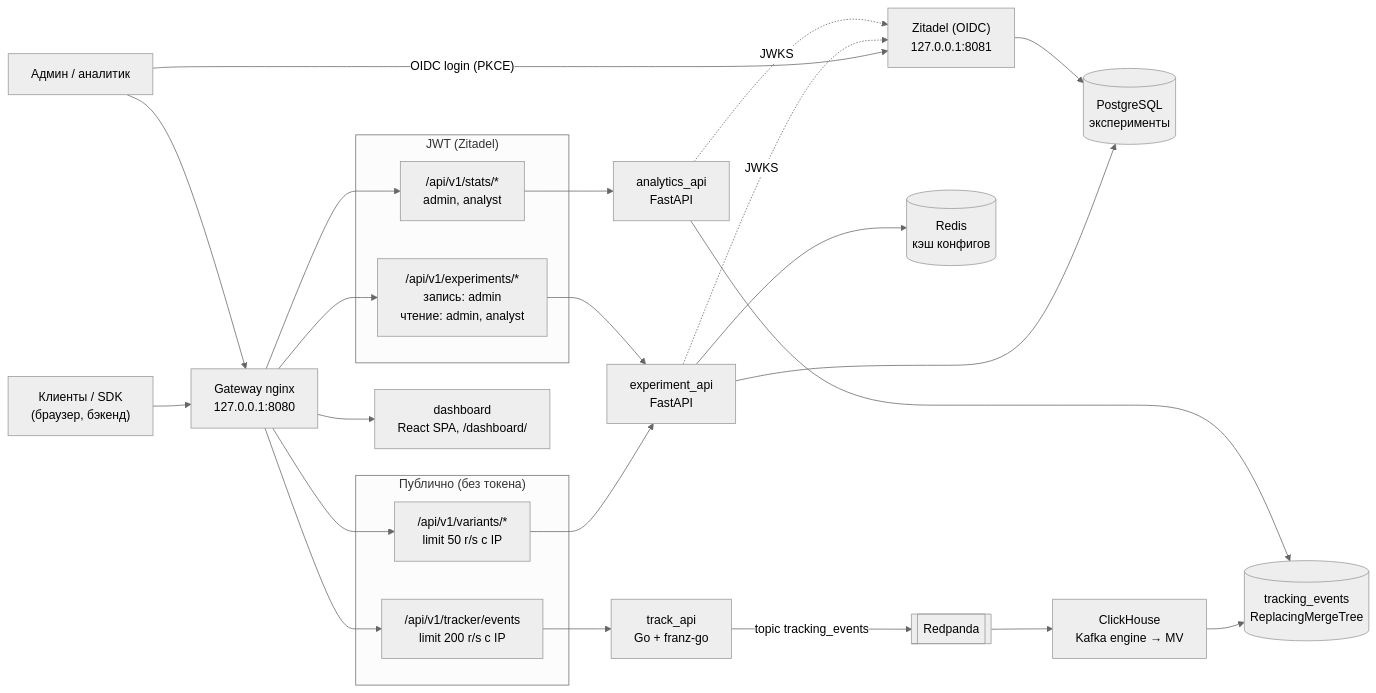
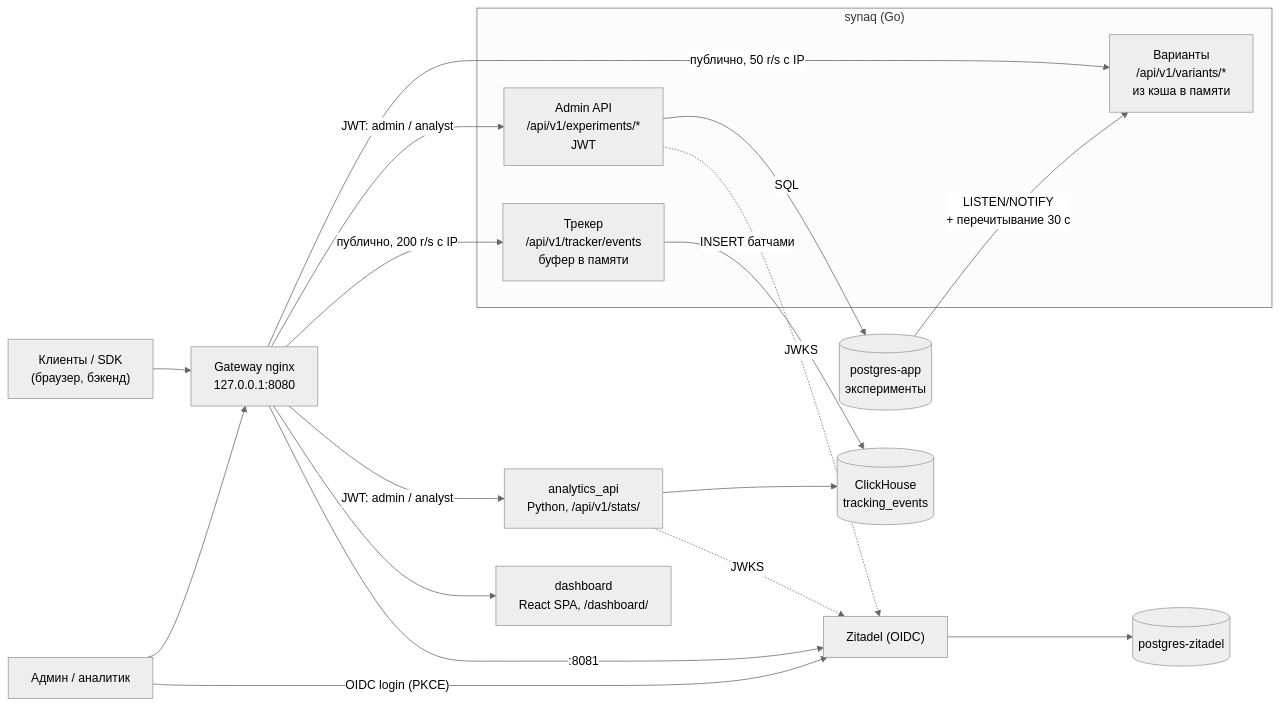
Before and after one commit to Kebiproger/synaqcore: the diagram in README.md, drawn with Mermaid (neutral theme). The commit also changed other lines of this file and 8 other files, not shown here.

````diff
--- a/README.md
+++ b/README.md
@@ -57,36 +55,27 @@
 ```mermaid
 flowchart LR
     C["Клиенты / SDK<br/>(браузер, бэкенд)"] --> GW["Gateway nginx<br/>127.0.0.1:8080"]
     U["Админ / аналитик"] --> GW
     U -->|"OIDC login (PKCE)"| ZT
 
-    subgraph public["Публично (без токена)"]
-        EXP_PUB["/api/v1/variants/*<br/>limit 50 r/s с IP"]
-        TRK["/api/v1/tracker/events<br/>limit 200 r/s с IP"]
-    end
-    subgraph jwt["JWT (Zitadel)"]
-        EXP_ADM["/api/v1/experiments/*<br/>запись: admin<br/>чтение: admin, analyst"]
-        STATS["/api/v1/stats/*<br/>admin, analyst"]
+    subgraph SQ["synaq (Go)"]
+        VAR["Варианты<br/>/api/v1/variants/*<br/>из кэша в памяти"]
+        ADM["Admin API<br/>/api/v1/experiments/*<br/>JWT"]
+        TRK["Трекер<br/>/api/v1/tracker/events<br/>буфер в памяти"]
     end
 
-    GW --> EXP_PUB & EXP_ADM
-    GW --> TRK
-    GW --> STATS
+    GW -->|"публично, 50 r/s с IP"| VAR
+    GW -->|"JWT: admin / analyst"| ADM
+    GW -->|"публично, 200 r/s с IP"| TRK
+    GW -->|"JWT: admin / analyst"| AAPI["analytics_api<br/>Python, /api/v1/stats/"]
     GW --> DASH["dashboard<br/>React SPA, /dashboard/"]
+    GW -->|":8081"| ZT["Zitadel (OIDC)"]
 
-    EXP_PUB & EXP_ADM --> EAPI["experiment_api<br/>FastAPI"]
-    EAPI --> PG[("PostgreSQL<br/>эксперименты")]
-    EAPI --> RD[("Redis<br/>кэш конфигов")]
-
-    TRK --> TAPI["track_api<br/>Go + franz-go"]
-    TAPI -->|"topic tracking_events"| RP[["Redpanda"]]
-    RP --> KQ["ClickHouse<br/>Kafka engine → MV"]
-    KQ --> CH[("tracking_events<br/>ReplacingMergeTree")]
-
-    STATS --> AAPI["analytics_api<br/>FastAPI"]
+    ADM -->|"SQL"| PGA[("postgres-app<br/>эксперименты")]
+    PGA -->|"LISTEN/NOTIFY<br/>+ перечитывание 30 с"| VAR
+    TRK -->|"INSERT батчами"| CH[("ClickHouse<br/>tracking_events")]
     AAPI --> CH
-
-    ZT["Zitadel (OIDC)<br/>127.0.0.1:8081"] --> PG
-    EAPI -. JWKS .-> ZT
+    ZT --> PGZ[("postgres-zitadel")]
+    ADM -. JWKS .-> ZT
     AAPI -. JWKS .-> ZT
 ```
````
